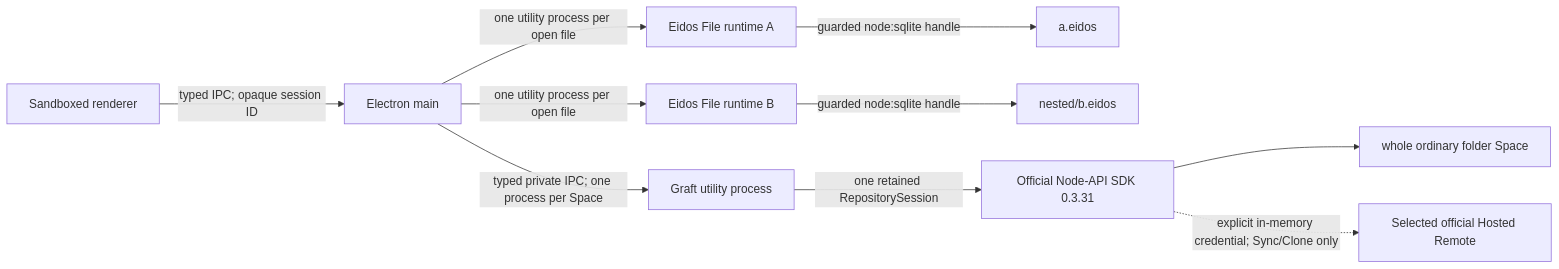
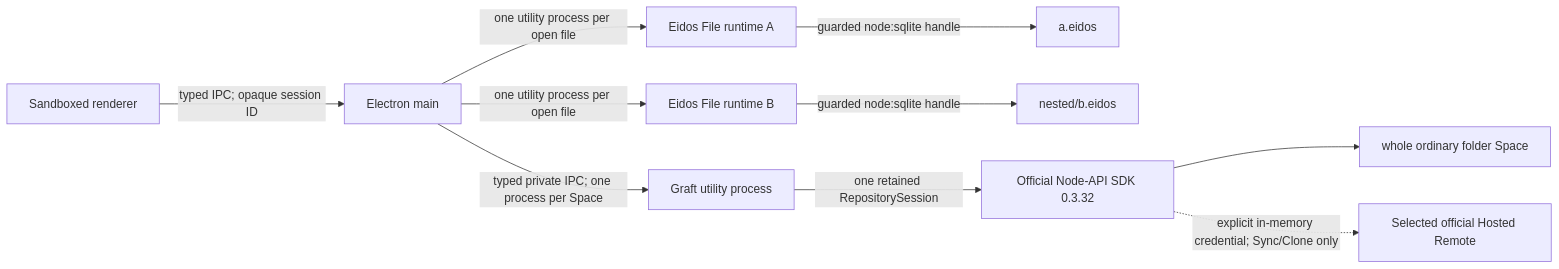
The first of 3 diagrams in apps/eidos-lite-desktop/docs/ARCHITECTURE.md (mayneyao/eidos), drawn with Mermaid before and after one commit. The commit also changed other lines of this file and 48 other files, not shown here.

````diff
--- a/apps/eidos-lite-desktop/docs/ARCHITECTURE.md
+++ b/apps/eidos-lite-desktop/docs/ARCHITECTURE.md
@@ -58,12 +58,12 @@
 ```mermaid
 flowchart LR
   R["Sandboxed renderer"] -->|"typed IPC; opaque session ID"| M["Electron main"]
   M -->|"one utility process per open file"| F1["Eidos File runtime A"]
   M -->|"one utility process per open file"| F2["Eidos File runtime B"]
   F1 -->|"guarded node:sqlite handle"| E1["a.eidos"]
   F2 -->|"guarded node:sqlite handle"| E2["nested/b.eidos"]
   M -->|"typed private IPC; one process per Space"| G["Graft utility process"]
-  G -->|"one retained RepositorySession"| N["Official Node-API SDK 0.3.31"]
+  G -->|"one retained RepositorySession"| N["Official Node-API SDK 0.3.32"]
   N --> S["whole ordinary folder Space"]
   N -. "explicit in-memory credential; Sync/Clone only" .-> H["Selected official Hosted Remote"]
 ```
````
